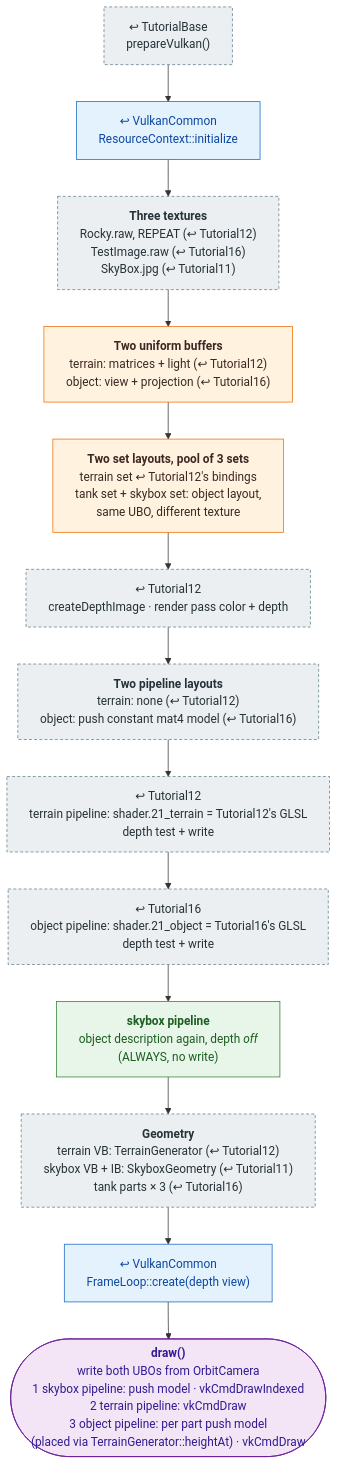
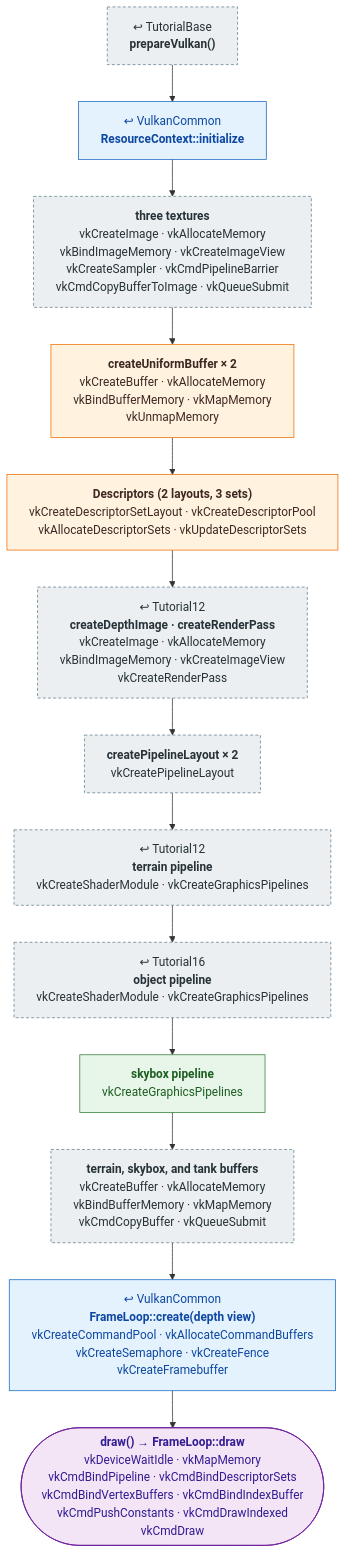
One commit to mehoggan/vulkan_graphix changed the diagram in docs/pipeline/21_world_scene.md. Above: the diagram before and after it, drawn with Mermaid. The commit also changed other lines of this file and 24 other files, not shown here.

First line of the commit message:
docs: label pipeline boxes with the Vulkan calls each step makes

````diff
--- a/docs/pipeline/21_world_scene.md
+++ b/docs/pipeline/21_world_scene.md
@@ -12,25 +12,25 @@
 ```mermaid
 %%{init: {"flowchart": {"wrappingWidth": 400}}}%%
 flowchart TD
     classDef reused fill:#eceff1,stroke:#607d8b,stroke-dasharray:4 3,color:#263238
     classDef changed fill:#fff3e0,stroke:#ef6c00,color:#3e2723
     classDef new fill:#e8f5e9,stroke:#2e7d32,color:#1b5e20
     classDef shared fill:#e3f2fd,stroke:#1565c0,color:#0d47a1
     classDef frame fill:#f3e5f5,stroke:#6a1b9a,color:#311b92
 
-    BASE["↩ TutorialBase<br/>prepareVulkan()"]:::reused
-    RC["↩ VulkanCommon<br/>ResourceContext::initialize"]:::shared
-    TEX["<b>Three textures</b><br/>Rocky.raw, REPEAT (↩ Tutorial12)<br/>TestImage.raw (↩ Tutorial16)<br/>SkyBox.jpg (↩ Tutorial11)"]:::reused
-    UBO["<b>Two uniform buffers</b><br/>terrain: matrices + light (↩ Tutorial12)<br/>object: view + projection (↩ Tutorial16)"]:::changed
-    DESC["<b>Two set layouts, pool of 3 sets</b><br/>terrain set ↩ Tutorial12's bindings<br/>tank set + skybox set: object layout,<br/>same UBO, different texture"]:::changed
-    DEPTH["↩ Tutorial12<br/>createDepthImage · render pass color + depth"]:::reused
-    PLL["<b>Two pipeline layouts</b><br/>terrain: none (↩ Tutorial12)<br/>object: push constant mat4 model (↩ Tutorial16)"]:::reused
-    PTER["↩ Tutorial12<br/>terrain pipeline: shader.21_terrain = Tutorial12's GLSL<br/>depth test + write"]:::reused
-    POBJ["↩ Tutorial16<br/>object pipeline: shader.21_object = Tutorial16's GLSL<br/>depth test + write"]:::reused
-    PSKY["<b>skybox pipeline</b><br/>object description again, depth <i>off</i><br/>(ALWAYS, no write)"]:::new
-    GEO["<b>Geometry</b><br/>terrain VB: TerrainGenerator (↩ Tutorial12)<br/>skybox VB + IB: SkyboxGeometry (↩ Tutorial11)<br/>tank parts × 3 (↩ Tutorial16)"]:::reused
-    FL["↩ VulkanCommon<br/>FrameLoop::create(depth view)"]:::shared
-    DRAW(["<b>draw()</b><br/>write both UBOs from OrbitCamera<br/>1 skybox pipeline: push model · vkCmdDrawIndexed<br/>2 terrain pipeline: vkCmdDraw<br/>3 object pipeline: per part push model<br/>(placed via TerrainGenerator::heightAt) · vkCmdDraw"]):::frame
+    BASE["↩ TutorialBase<br/><b>prepareVulkan()</b>"]:::reused
+    RC["↩ VulkanCommon<br/><b>ResourceContext::initialize</b>"]:::shared
+    TEX["<b>three textures</b><br/>vkCreateImage  ·  vkAllocateMemory<br/>vkBindImageMemory  ·  vkCreateImageView<br/>vkCreateSampler  ·  vkCmdPipelineBarrier<br/>vkCmdCopyBufferToImage  ·  vkQueueSubmit"]:::reused
+    UBO["<b>createUniformBuffer × 2</b><br/>vkCreateBuffer  ·  vkAllocateMemory<br/>vkBindBufferMemory  ·  vkMapMemory<br/>vkUnmapMemory"]:::changed
+    DESC["<b>Descriptors (2 layouts, 3 sets)</b><br/>vkCreateDescriptorSetLayout  ·  vkCreateDescriptorPool<br/>vkAllocateDescriptorSets  ·  vkUpdateDescriptorSets"]:::changed
+    DEPTH["↩ Tutorial12<br/><b>createDepthImage · createRenderPass</b><br/>vkCreateImage  ·  vkAllocateMemory<br/>vkBindImageMemory  ·  vkCreateImageView<br/>vkCreateRenderPass"]:::reused
+    PLL["<b>createPipelineLayout × 2</b><br/>vkCreatePipelineLayout"]:::reused
+    PTER["↩ Tutorial12<br/><b>terrain pipeline</b><br/>vkCreateShaderModule  ·  vkCreateGraphicsPipelines"]:::reused
+    POBJ["↩ Tutorial16<br/><b>object pipeline</b><br/>vkCreateShaderModule  ·  vkCreateGraphicsPipelines"]:::reused
+    PSKY["<b>skybox pipeline</b><br/>vkCreateGraphicsPipelines"]:::new
+    GEO["<b>terrain, skybox, and tank buffers</b><br/>vkCreateBuffer  ·  vkAllocateMemory<br/>vkBindBufferMemory  ·  vkMapMemory<br/>vkCmdCopyBuffer  ·  vkQueueSubmit"]:::reused
+    FL["↩ VulkanCommon<br/><b>FrameLoop::create(depth view)</b><br/>vkCreateCommandPool  ·  vkAllocateCommandBuffers<br/>vkCreateSemaphore  ·  vkCreateFence<br/>vkCreateFramebuffer"]:::shared
+    DRAW(["<b>draw() → FrameLoop::draw</b><br/>vkDeviceWaitIdle  ·  vkMapMemory<br/>vkCmdBindPipeline  ·  vkCmdBindDescriptorSets<br/>vkCmdBindVertexBuffers  ·  vkCmdBindIndexBuffer<br/>vkCmdPushConstants  ·  vkCmdDrawIndexed<br/>vkCmdDraw"]):::frame
 
     BASE --> RC --> TEX --> UBO --> DESC --> DEPTH --> PLL --> PTER --> POBJ --> PSKY --> GEO --> FL --> DRAW
 ```
````
